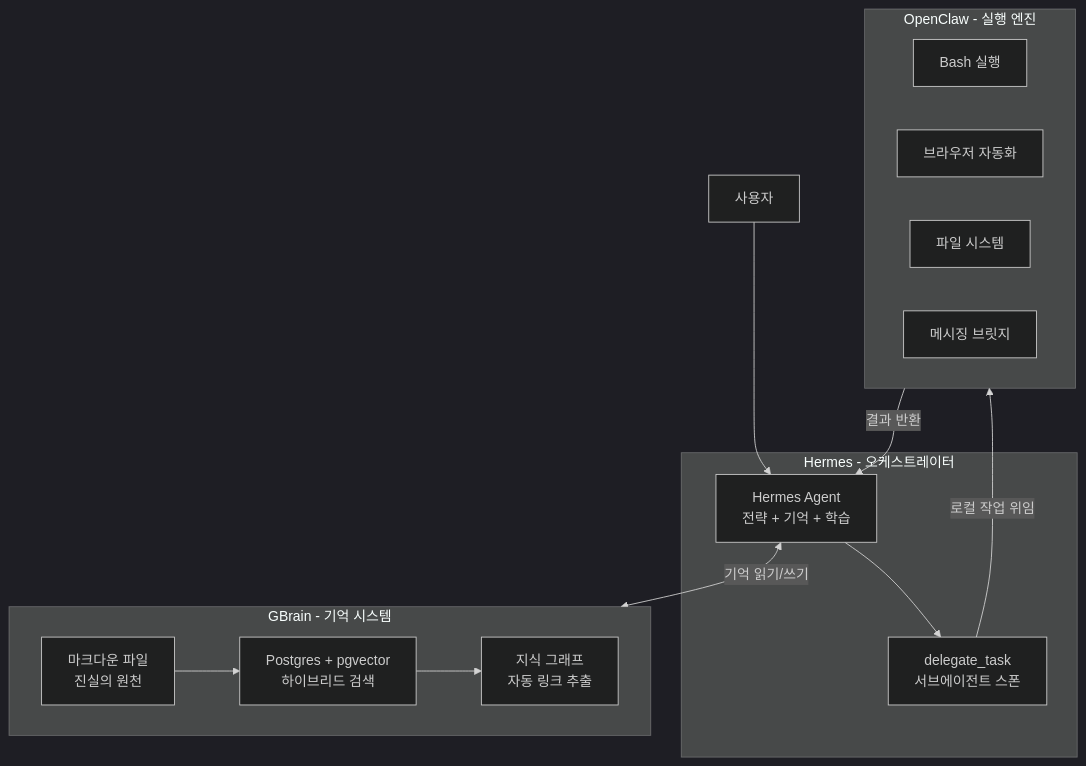
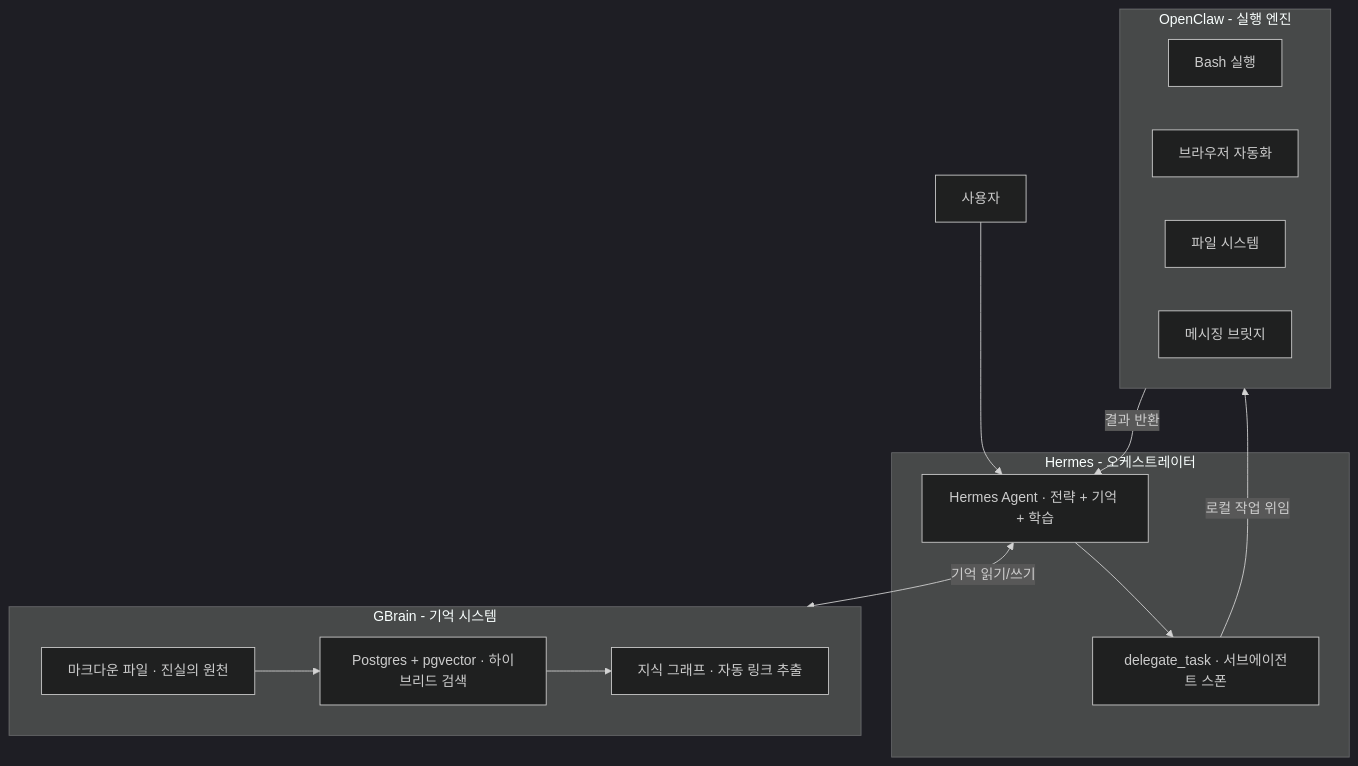
Before and after one commit to Mino777/ai-study: the diagram in content/agents/gbrain-openclaw-hermes-stack.mdx, drawn with Mermaid (dark theme). The commit also changed 16 other files, not shown here.

First line of the commit message:
fix: Mermaid <br/> 렌더링 에러 근본 해결 — auto-fix 승격 + 전체 MDX 일괄 치환

````diff
--- a/content/agents/gbrain-openclaw-hermes-stack.mdx
+++ b/content/agents/gbrain-openclaw-hermes-stack.mdx
@@ -115,28 +115,28 @@
 ```mermaid
 flowchart TB
     User["사용자"] --> Hermes
 
     subgraph ORCH ["Hermes - 오케스트레이터"]
-        Hermes["Hermes Agent<br/>전략 + 기억 + 학습"]
-        DT["delegate_task<br/>서브에이전트 스폰"]
+        Hermes["Hermes Agent · 전략 + 기억 + 학습"]
+        DT["delegate_task · 서브에이전트 스폰"]
         Hermes --> DT
     end
 
     subgraph BRAIN ["GBrain - 기억 시스템"]
-        MD["마크다운 파일<br/>진실의 원천"]
-        PG["Postgres + pgvector<br/>하이브리드 검색"]
-        KG["지식 그래프<br/>자동 링크 추출"]
+        MD["마크다운 파일 · 진실의 원천"]
+        PG["Postgres + pgvector · 하이브리드 검색"]
+        KG["지식 그래프 · 자동 링크 추출"]
         MD --> PG --> KG
     end
 
     subgraph EXEC ["OpenClaw - 실행 엔진"]
         Bash["Bash 실행"]
         Browser["브라우저 자동화"]
         FS["파일 시스템"]
         MSG["메시징 브릿지"]
     end
 
     DT -->|"로컬 작업 위임"| EXEC
     Hermes <-->|"기억 읽기/쓰기"| BRAIN
     EXEC -->|"결과 반환"| Hermes
 ```
````
